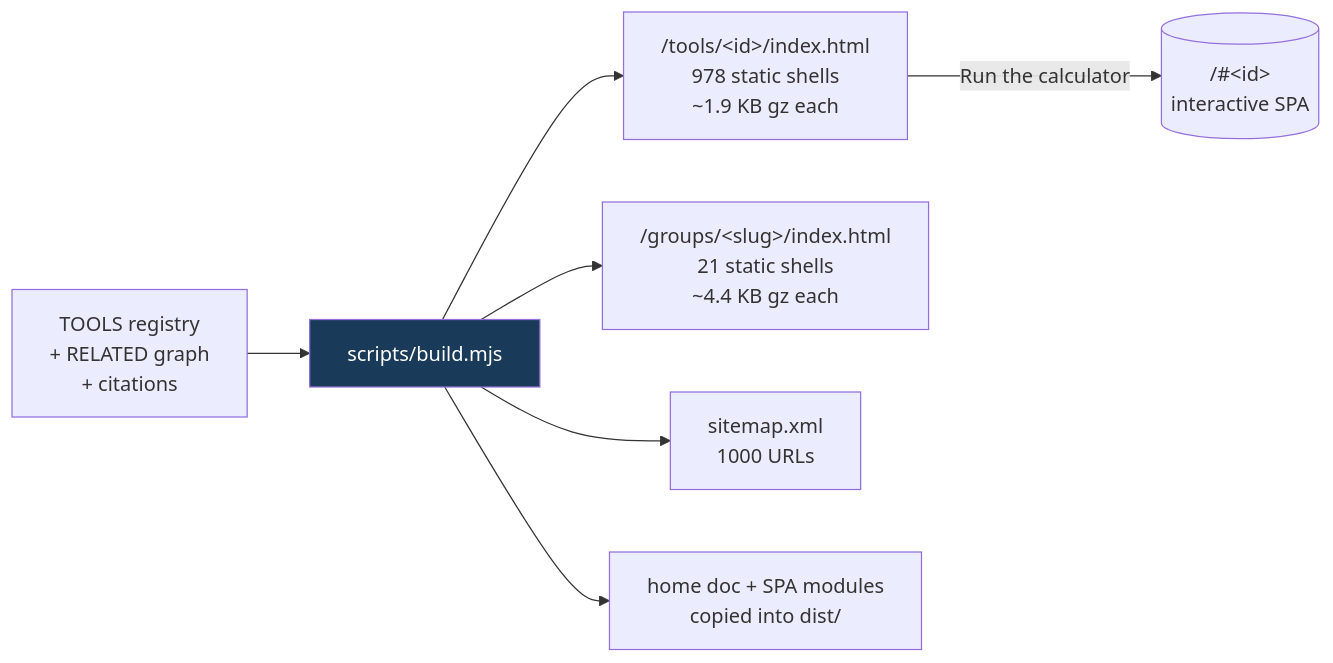
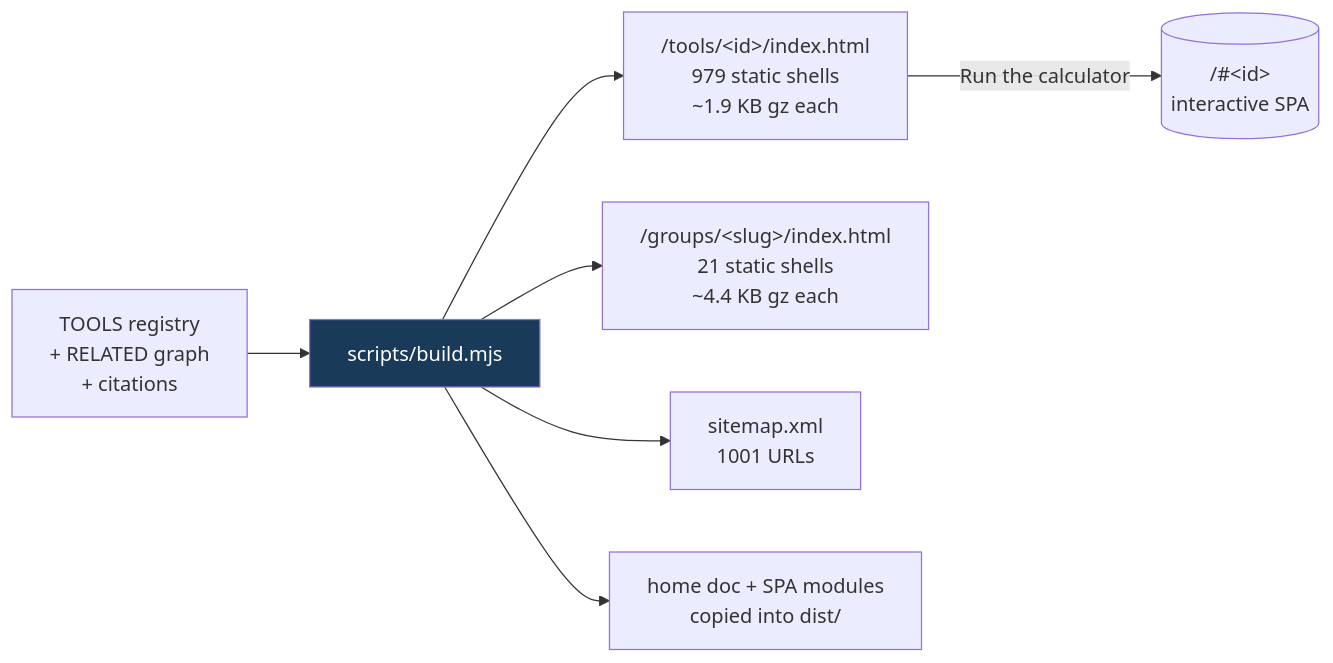
One commit to clay-good/roughlogic.com changed the fifth of 8 diagrams in README.md. Above: the diagram before and after it, drawn with Mermaid. The commit also changed other lines of this file and 12 other files, not shown here.

````diff
--- a/README.md
+++ b/README.md
@@ -495,10 +495,10 @@
 ```mermaid
 flowchart LR
     SRC[TOOLS registry\n+ RELATED graph\n+ citations] --> BUILD[scripts/build.mjs]
-    BUILD --> TILE["/tools/&lt;id&gt;/index.html\n978 static shells\n~1.9 KB gz each"]
+    BUILD --> TILE["/tools/&lt;id&gt;/index.html\n979 static shells\n~1.9 KB gz each"]
     BUILD --> GROUP["/groups/&lt;slug&gt;/index.html\n21 static shells\n~4.4 KB gz each"]
-    BUILD --> MAP["sitemap.xml\n1000 URLs"]
+    BUILD --> MAP["sitemap.xml\n1001 URLs"]
     BUILD --> COPY[home doc + SPA modules\ncopied into dist/]
     TILE -->|Run the calculator| SPA[("/#&lt;id&gt;\ninteractive SPA")]
     style BUILD fill:#1a3a5a,color:#fff
 ```
````
